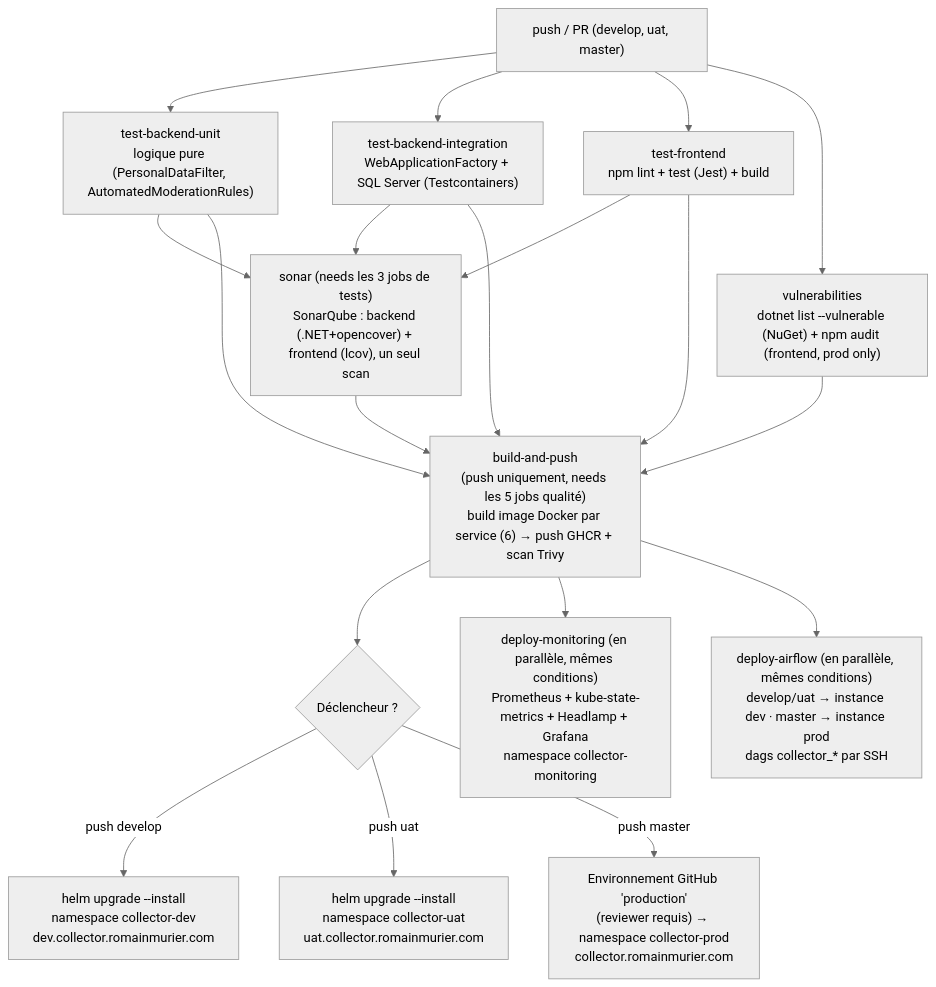
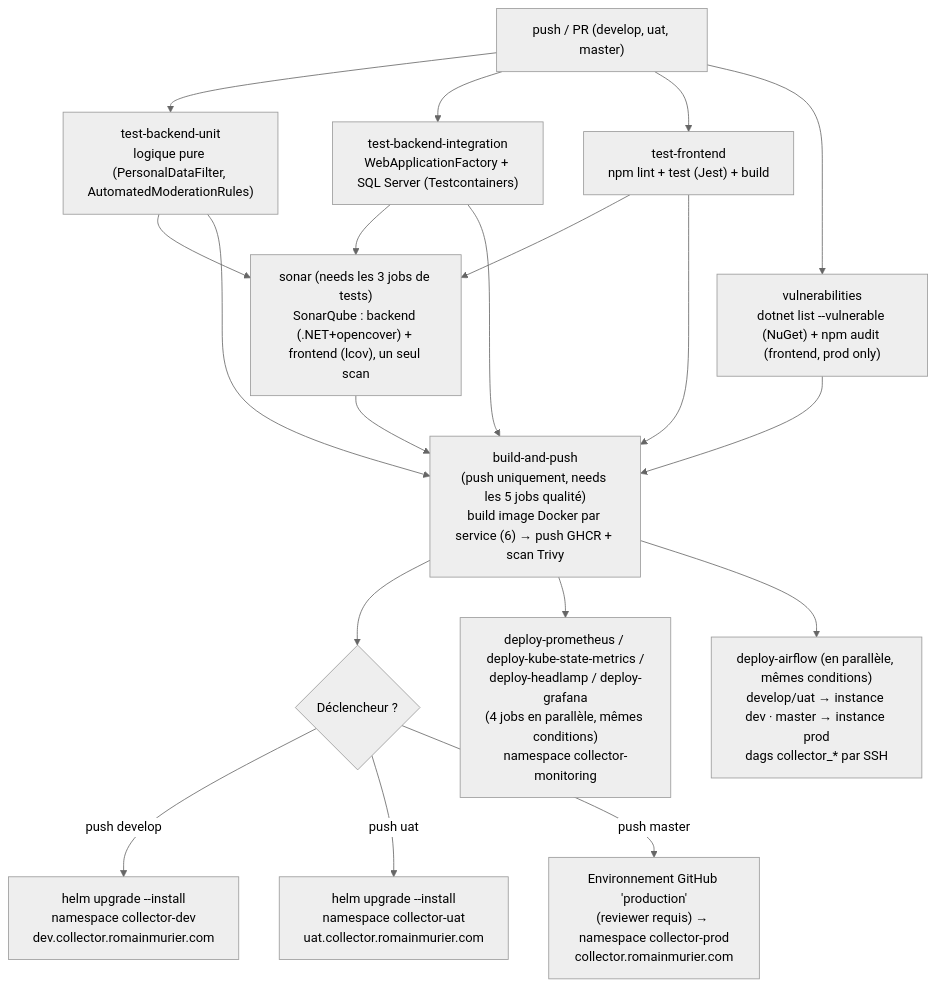
Before and after one commit to RMurier/CESI-CUBE-3-BAC-5-INDIVIDUEL: the second of 2 diagrams in README.md, drawn with Mermaid (neutral theme). The commit also changed other lines of this file and 3 other files, not shown here.

First line of the commit message:
fix(ci): bit exécutable deploy-dags.sh, 4 jobs monitoring séparés, revert automount Headlamp

````diff
--- a/README.md
+++ b/README.md
@@ -331,21 +333,21 @@
 ```mermaid
 flowchart TD
     A["push / PR (develop, uat, master)"] --> B["test-backend-unit<br/>logique pure (PersonalDataFilter, AutomatedModerationRules)"]
     A --> B2["test-backend-integration<br/>WebApplicationFactory + SQL Server (Testcontainers)"]
     A --> C["test-frontend<br/>npm lint + test (Jest) + build"]
     A --> D["vulnerabilities<br/>dotnet list --vulnerable (NuGet) + npm audit (frontend, prod only)"]
     B --> E["sonar (needs les 3 jobs de tests)<br/>SonarQube : backend (.NET+opencover) + frontend (lcov), un seul scan"]
     B2 --> E
     C --> E
     B --> F["build-and-push<br/>(push uniquement, needs les 5 jobs qualité)<br/>build image Docker par service (6) → push GHCR + scan Trivy"]
     B2 --> F
     C --> F
     D --> F
     E --> F
     F --> G{"Déclencheur ?"}
     G -->|push develop| H["helm upgrade --install<br/>namespace collector-dev<br/>dev.collector.romainmurier.com"]
     G -->|push uat| I["helm upgrade --install<br/>namespace collector-uat<br/>uat.collector.romainmurier.com"]
     G -->|push master| J["Environnement GitHub 'production'<br/>(reviewer requis) → namespace collector-prod<br/>collector.romainmurier.com"]
-    F --> K["deploy-monitoring (en parallèle, mêmes conditions)<br/>Prometheus + kube-state-metrics + Headlamp + Grafana<br/>namespace collector-monitoring"]
+    F --> K["deploy-prometheus / deploy-kube-state-metrics /<br/>deploy-headlamp / deploy-grafana<br/>(4 jobs en parallèle, mêmes conditions)<br/>namespace collector-monitoring"]
     F --> L["deploy-airflow (en parallèle, mêmes conditions)<br/>develop/uat → instance dev · master → instance prod<br/>dags collector_* par SSH"]
 ```
````
